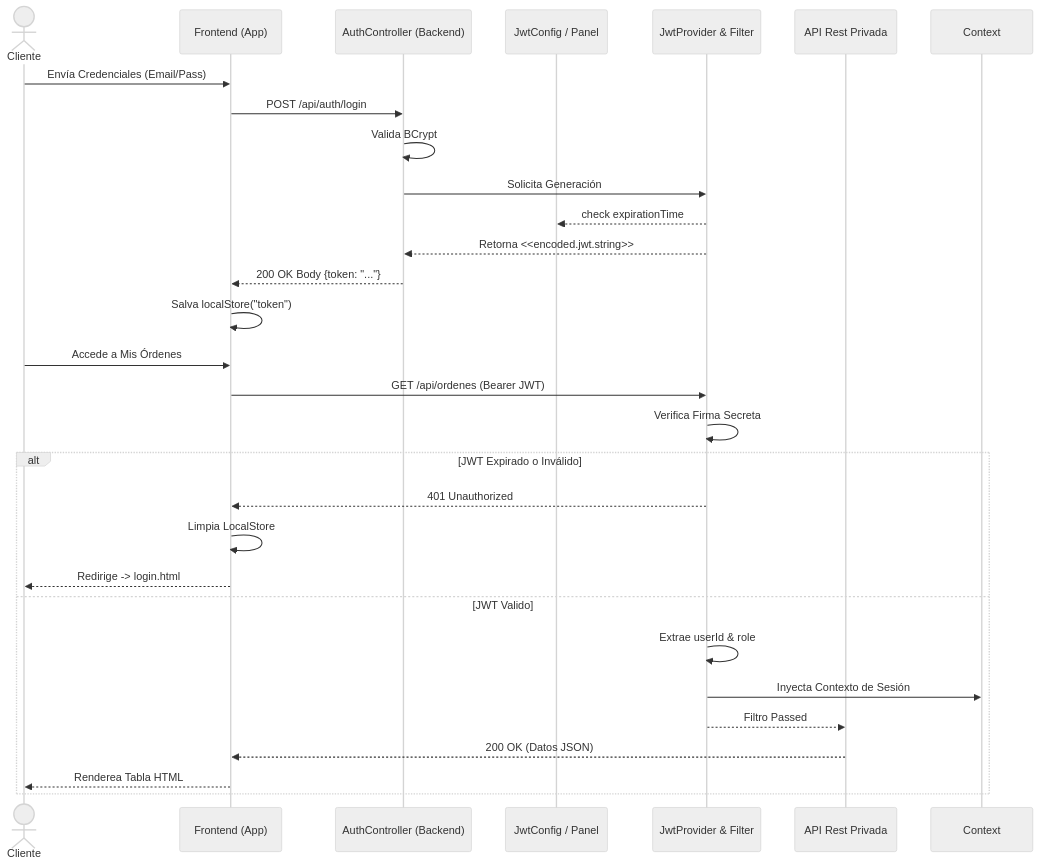
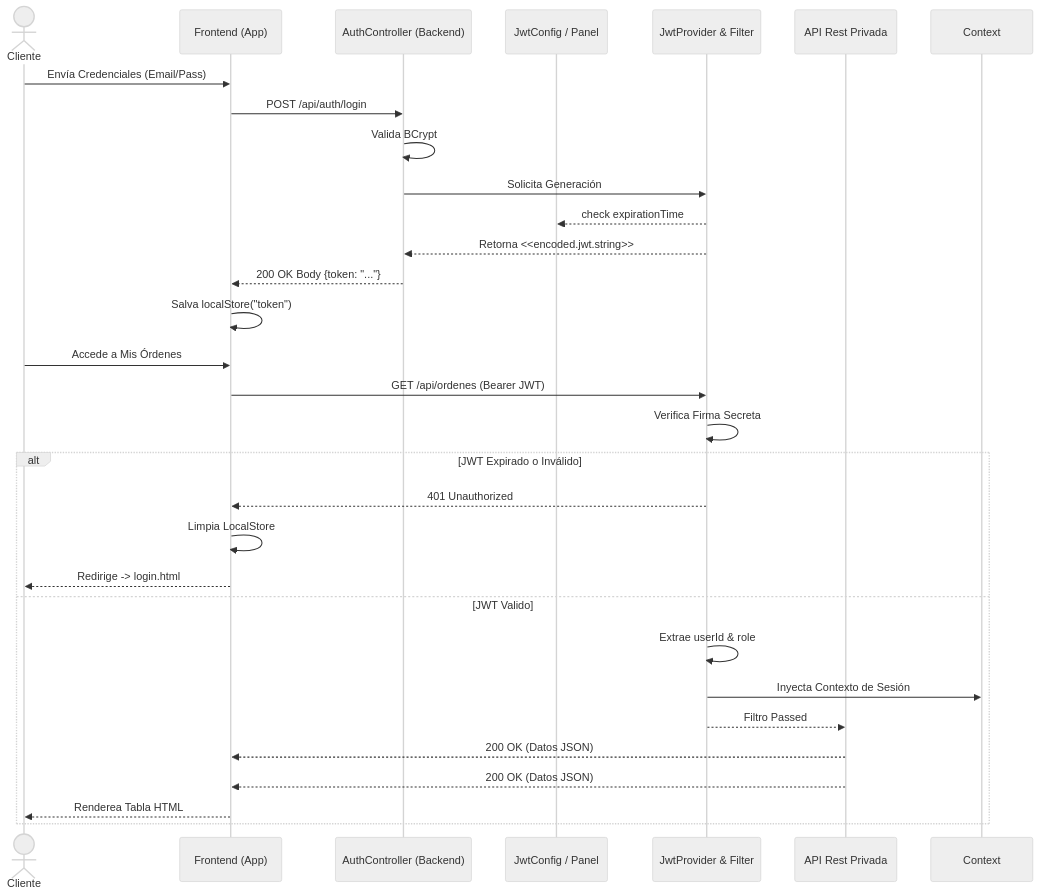
Before and after one commit to RBCuevasEscobar/BIU-M2-app: the diagram in frontend/README.md, drawn with Mermaid (neutral theme). The commit also changed other lines of this file and 52 other files, not shown here.

````diff
--- a/frontend/README.md
+++ b/frontend/README.md
@@ -576,35 +588,36 @@
 ```mermaid
 sequenceDiagram
     actor Cliente
     participant Browser as Frontend (App)
     participant Auth as AuthController (Backend)
     participant Config as JwtConfig / Panel
     participant Security as JwtProvider & Filter
     participant Endpoint as API Rest Privada
 
     %% Proceso de Autenticacion
     Cliente->>Browser: Envía Credenciales (Email/Pass)
     Browser->>Auth: POST /api/auth/login
     Auth->>Auth: Valida BCrypt
     Auth->>Security: Solicita Generación
     Security-->>Config: check expirationTime
     Security-->>Auth: Retorna <<encoded.jwt.string>>
     Auth-->>Browser: 200 OK Body {token: "..."}
     Browser->>Browser: Salva localStore("token")
 
     %% Proceso de Navegacion / Consumo
     Cliente->>Browser: Accede a Mis Órdenes
     Browser->>Security: GET /api/ordenes (Bearer JWT)
     Security->>Security: Verifica Firma Secreta
     alt JWT Expirado o Inválido
         Security-->>Browser: 401 Unauthorized
         Browser->>Browser: Limpia LocalStore
         Browser-->>Cliente: Redirige -> login.html
     else JWT Valido
         Security->>Security: Extrae userId & role
         Security->>Context: Inyecta Contexto de Sesión
         Security-->>Endpoint: Filtro Passed
         Endpoint-->>Browser: 200 OK (Datos JSON)
+        Endpoint-->>Browser: 200 OK (Datos JSON)
         Browser-->>Cliente: Renderea Tabla HTML
     end
 ```
````
